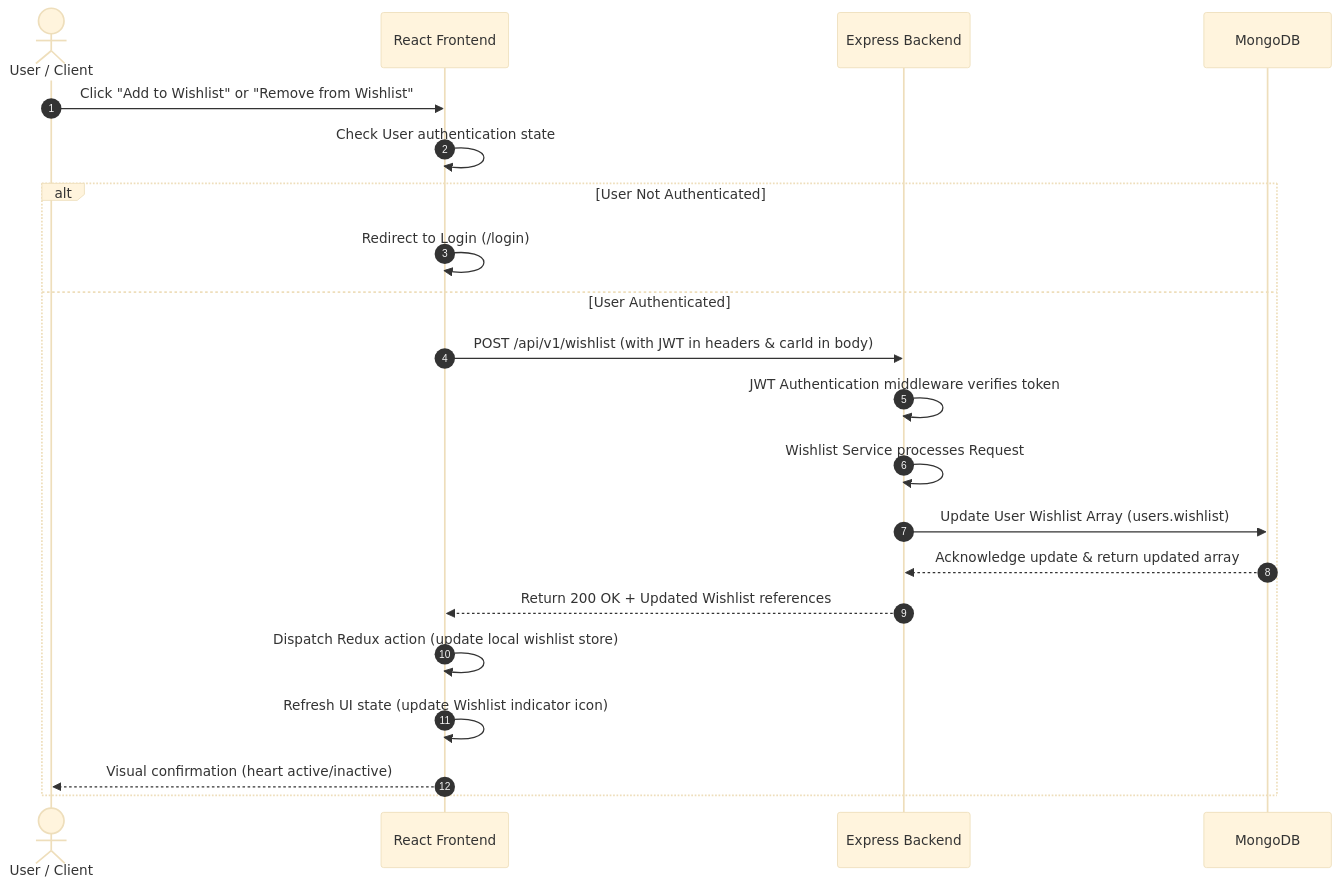
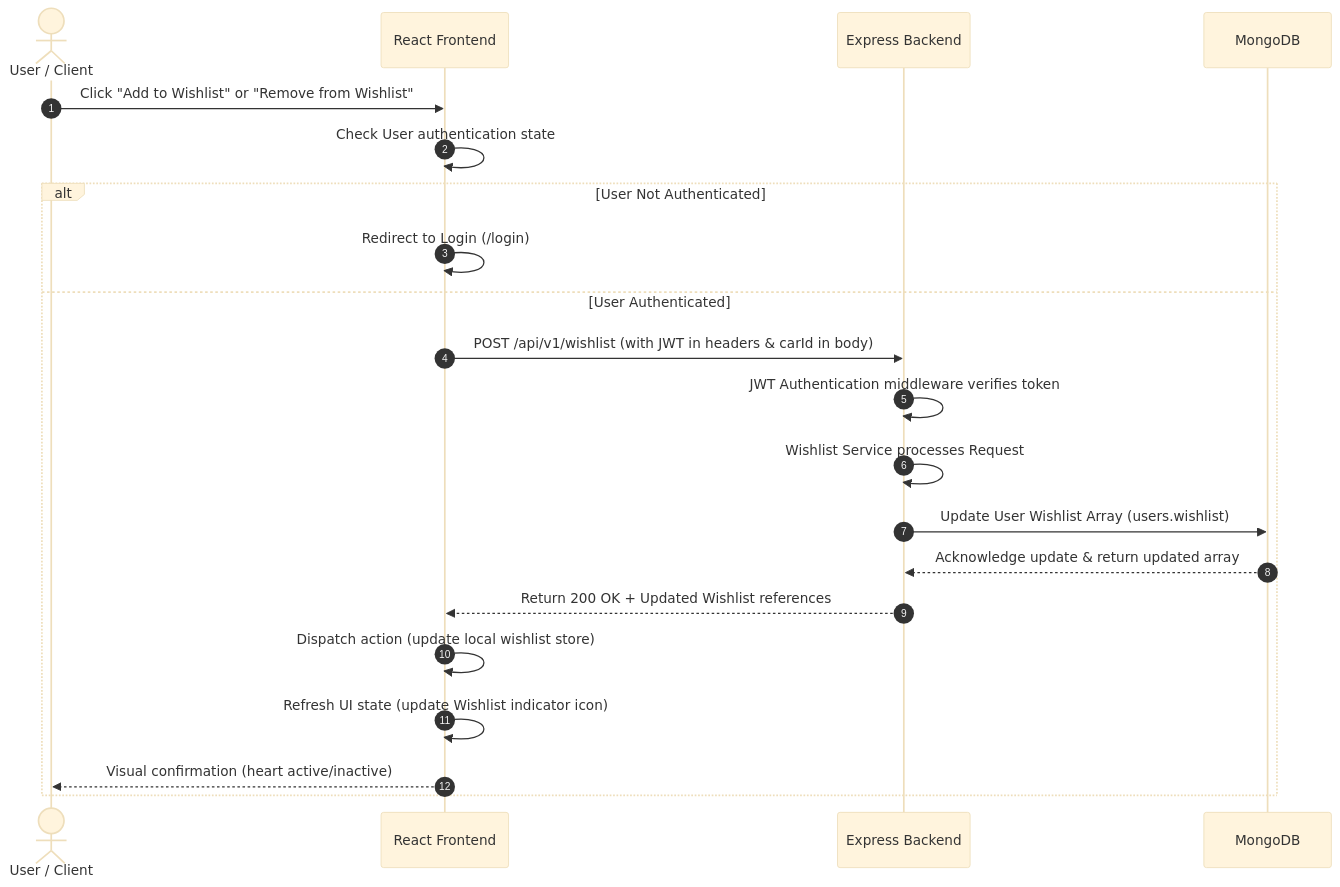
The seventh of 10 diagrams in README.md (ShankarSwarup/cardekho_assignment), drawn with Mermaid (base theme) before and after one commit. The commit also changed other lines of this file and 63 other files, not shown here.

````diff
--- a/README.md
+++ b/README.md
@@ -235,24 +243,24 @@
 ```mermaid
 sequenceDiagram
     autonumber
     actor User as User / Client
     participant FE as React Frontend
     participant BE as Express Backend
     participant DB as MongoDB
     
     User->>FE: Click "Add to Wishlist" or "Remove from Wishlist"
     FE->>FE: Check User authentication state
     alt User Not Authenticated
         FE->>FE: Redirect to Login (/login)
     else User Authenticated
         FE->>BE: POST /api/v1/wishlist (with JWT in headers & carId in body)
         BE->>BE: JWT Authentication middleware verifies token
         BE->>BE: Wishlist Service processes Request
         BE->>DB: Update User Wishlist Array (users.wishlist)
         DB-->>BE: Acknowledge update & return updated array
         BE-->>FE: Return 200 OK + Updated Wishlist references
-        FE->>FE: Dispatch Redux action (update local wishlist store)
+        FE->>FE: Dispatch action (update local wishlist store)
         FE->>FE: Refresh UI state (update Wishlist indicator icon)
         FE-->>User: Visual confirmation (heart active/inactive)
     end
 ```
````
